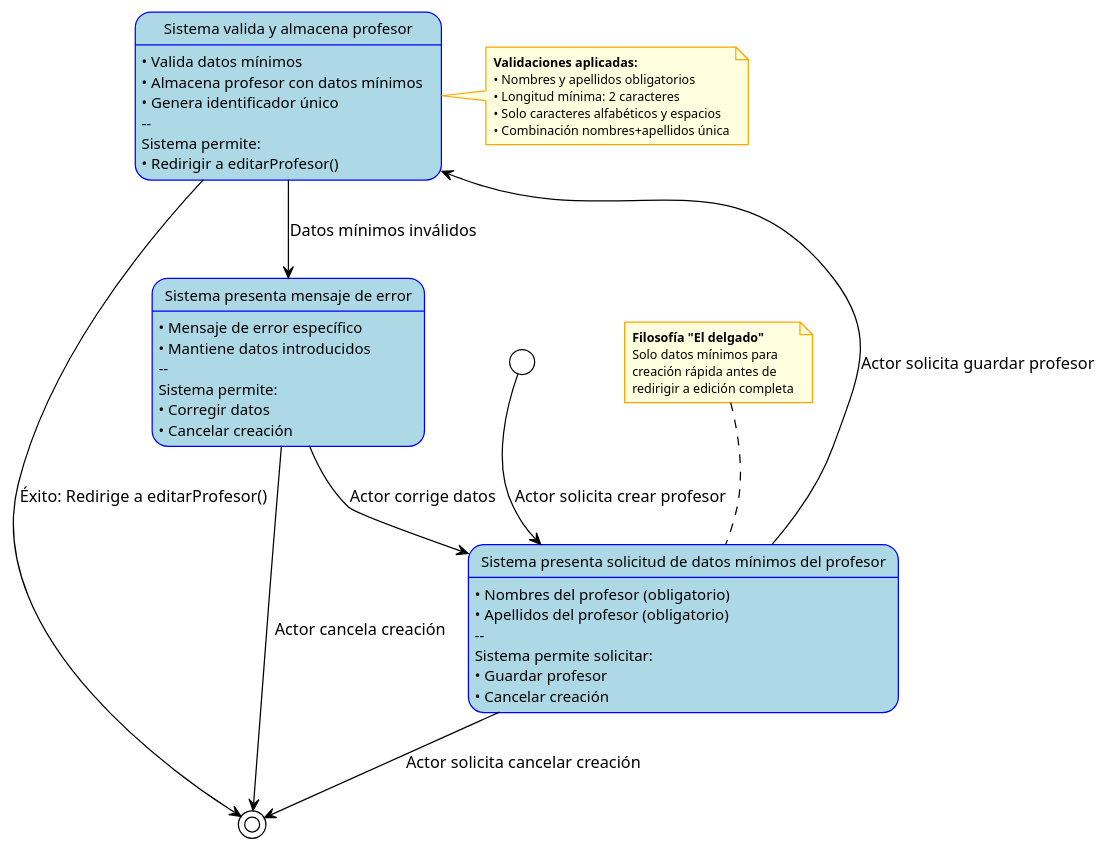
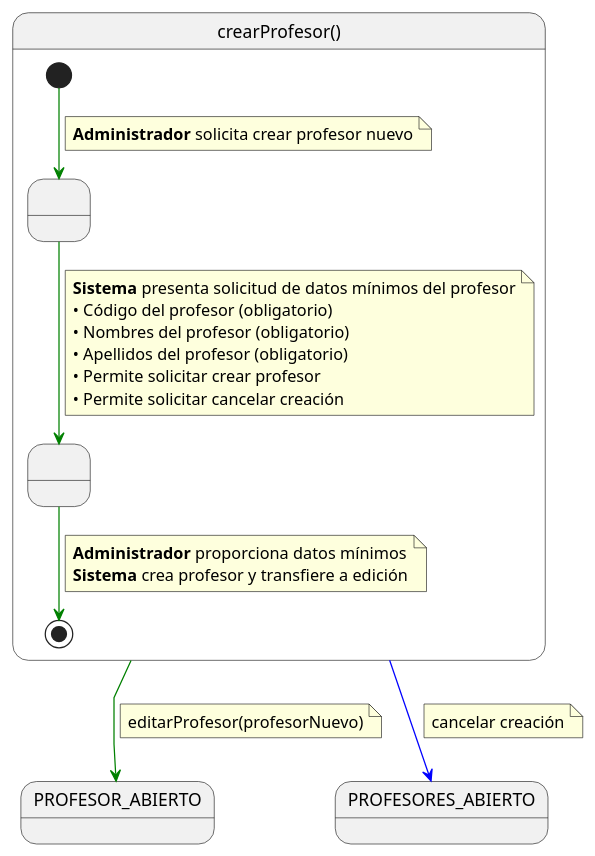
The diagram in RUP/00-casos-uso/02-detalle/crearProfesor/especificacion.puml (Hexcss/scheduler), drawn with PlantUML before and after one commit. The commit also changed 11 other files, not shown here.

Commit message:
fix(creaarProfesor): actualizar análisis y documentación del caso de uso

```diff
--- a/RUP/00-casos-uso/02-detalle/crearProfesor/especificacion.puml
+++ b/RUP/00-casos-uso/02-detalle/crearProfesor/especificacion.puml
@@ -1,65 +1,42 @@
-@startuml crearProfesor-especificacion
-!theme plain
-skinparam state {
-  BackgroundColor LightBlue
-  BorderColor Blue
-  FontName Arial
-  FontSize 12
-}
-skinparam note {
-  BackgroundColor LightYellow
-  BorderColor Orange
-  FontSize 10
+@startuml crearProfesor
+
+skinparam linetype polyline
+
+state crearProfesor as "crearProfesor()" {
+
+    state " " as SolicitandoDatos
+    state " " as CreandoProfesor
+
+    [*] -[#green]-> SolicitandoDatos 
+    note on link
+    <b>Administrador</b> solicita crear profesor nuevo
+    end note    
+    
+    SolicitandoDatos -[#green]-> CreandoProfesor
+    note on link
+    <b>Sistema</b> presenta solicitud de datos mínimos del profesor
+    • Código del profesor (obligatorio)
+    • Nombres del profesor (obligatorio)
+    • Apellidos del profesor (obligatorio)
+    • Permite solicitar crear profesor
+    • Permite solicitar cancelar creación
+    end note
+    
+    CreandoProfesor -[#green]-> [*]
+    note on link
+    <b>Administrador</b> proporciona datos mínimos
+    <b>Sistema</b> crea profesor y transfiere a edición
+    end note
 }
 
-state "Sistema presenta solicitud de datos mínimos del profesor" as PresentarSolicitud {
-  PresentarSolicitud: • Nombres del profesor (obligatorio)
-  PresentarSolicitud: • Apellidos del profesor (obligatorio)
-  PresentarSolicitud: --
-  PresentarSolicitud: Sistema permite solicitar:
-  PresentarSolicitud: • Guardar profesor
-  PresentarSolicitud: • Cancelar creación
-}
-
-state "Sistema valida y almacena profesor" as ValidarAlmacenar {
-  ValidarAlmacenar: • Valida datos mínimos
-  ValidarAlmacenar: • Almacena profesor con datos mínimos
-  ValidarAlmacenar: • Genera identificador único
-  ValidarAlmacenar: --
-  ValidarAlmacenar: Sistema permite:
-  ValidarAlmacenar: • Redirigir a editarProfesor()
-}
-
-state "Sistema presenta mensaje de error" as MostrarError {
-  MostrarError: • Mensaje de error específico
-  MostrarError: • Mantiene datos introducidos
-  MostrarError: --
-  MostrarError: Sistema permite:
-  MostrarError: • Corregir datos
-  MostrarError: • Cancelar creación
-}
-
-[*] --> PresentarSolicitud : Actor solicita crear profesor
-PresentarSolicitud --> ValidarAlmacenar : Actor solicita guardar profesor
-PresentarSolicitud --> [*] : Actor solicita cancelar creación
-ValidarAlmacenar --> [*] : Éxito: Redirige a editarProfesor()
-ValidarAlmacenar --> MostrarError : Datos mínimos inválidos
-MostrarError --> PresentarSolicitud : Actor corrige datos
-MostrarError --> [*] : Actor cancela creación
-
-note top of PresentarSolicitud
-  <b>Filosofía "El delgado"</b>
-  Solo datos mínimos para
-  creación rápida antes de
-  redirigir a edición completa
+crearProfesor -[#green]-> PROFESOR_ABIERTO
+note on link
+editarProfesor(profesorNuevo)
 end note
 
-note right of ValidarAlmacenar
-  <b>Validaciones aplicadas:</b>
-  • Nombres y apellidos obligatorios
-  • Longitud mínima: 2 caracteres
-  • Solo caracteres alfabéticos y espacios
-  • Combinación nombres+apellidos única
+crearProfesor -[#blue]-> PROFESORES_ABIERTO
+note on link
+cancelar creación
 end note
 
 @enduml
```
